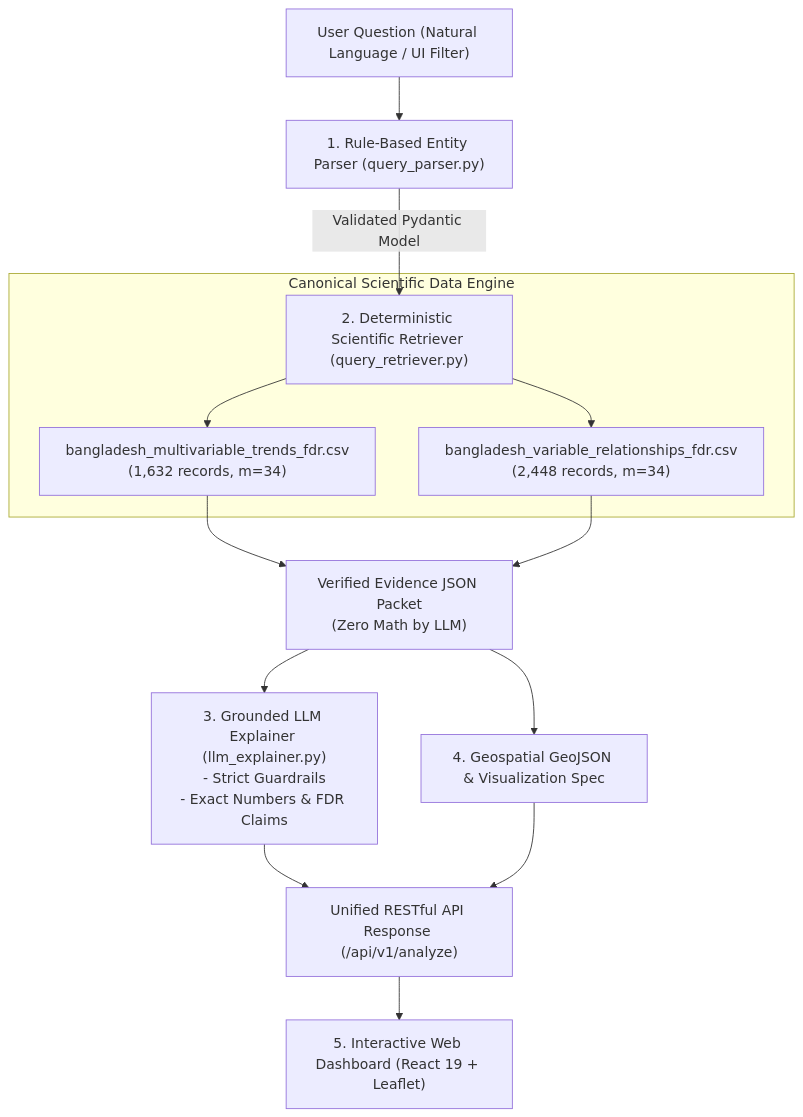
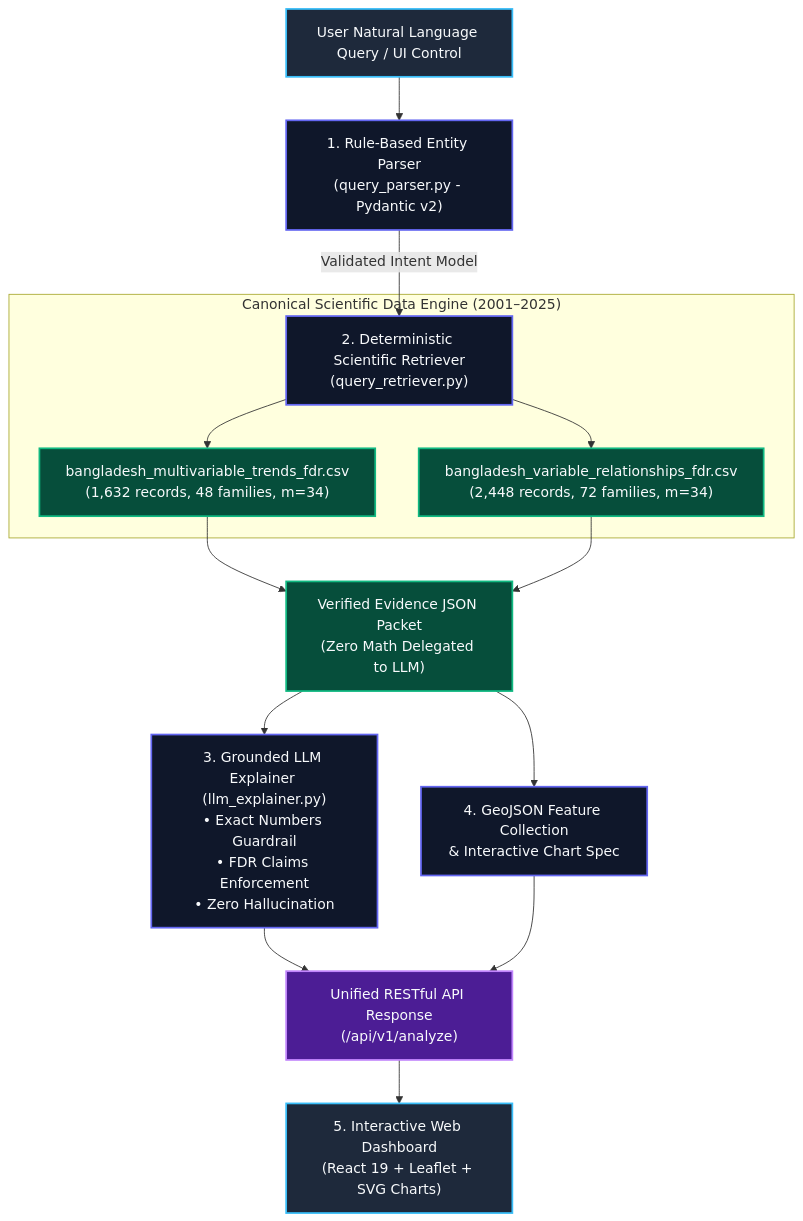
The diagram in README.md (iammahmudhasan/Nasa_Space_APP_Challenge), drawn with Mermaid before and after one commit. The commit also changed other lines of this file, not shown here.

````diff
--- a/README.md
+++ b/README.md
@@ -141,21 +175,26 @@
 ```mermaid
 flowchart TD
-    User["User Question (Natural Language / UI Filter)"] --> Parser["1. Rule-Based Entity Parser (query_parser.py)"]
-    Parser -->|"Validated Pydantic Model"| Retriever["2. Deterministic Scientific Retriever (query_retriever.py)"]
+    classDef client fill:#1E293B,stroke:#38BDF8,stroke-width:2px,color:#F8FAFC;
+    classDef engine fill:#0F172A,stroke:#6366F1,stroke-width:2px,color:#F8FAFC;
+    classDef data fill:#064E3B,stroke:#10B981,stroke-width:2px,color:#F8FAFC;
+    classDef output fill:#4C1D95,stroke:#C084FC,stroke-width:2px,color:#F8FAFC;
+
+    User["User Natural Language Query / UI Control"]:::client --> Parser["1. Rule-Based Entity Parser\n(query_parser.py - Pydantic v2)"]:::engine
+    Parser -->|"Validated Intent Model"| Retriever["2. Deterministic Scientific Retriever\n(query_retriever.py)"]:::engine
     
-    subgraph DataEngine ["Canonical Scientific Data Engine"]
-        Retriever --> Trends["bangladesh_multivariable_trends_fdr.csv\n(1,632 records, m=34)"]
-        Retriever --> Rels["bangladesh_variable_relationships_fdr.csv\n(2,448 records, m=34)"]
+    subgraph DataEngine ["Canonical Scientific Data Engine (2001–2025)"]
+        Retriever --> Trends["bangladesh_multivariable_trends_fdr.csv\n(1,632 records, 48 families, m=34)"]:::data
+        Retriever --> Rels["bangladesh_variable_relationships_fdr.csv\n(2,448 records, 72 families, m=34)"]:::data
     end
     
-    Trends --> Evidence["Verified Evidence JSON Packet\n(Zero Math by LLM)"]
+    Trends --> Evidence["Verified Evidence JSON Packet\n(Zero Math Delegated to LLM)"]:::data
     Rels --> Evidence
     
-    Evidence --> Explainer["3. Grounded LLM Explainer (llm_explainer.py)\n- Strict Guardrails\n- Exact Numbers & FDR Claims"]
-    Evidence --> Visualizer["4. Geospatial GeoJSON & Visualization Spec"]
+    Evidence --> Explainer["3. Grounded LLM Explainer (llm_explainer.py)\n• Exact Numbers Guardrail\n• FDR Claims Enforcement\n• Zero Hallucination"]:::engine
+    Evidence --> Visualizer["4. GeoJSON Feature Collection\n& Interactive Chart Spec"]:::engine
     
-    Explainer --> Unified["Unified RESTful API Response (/api/v1/analyze)"]
+    Explainer --> Unified["Unified RESTful API Response\n(/api/v1/analyze)"]:::output
     Visualizer --> Unified
     
-    Unified --> Dashboard["5. Interactive Web Dashboard (React 19 + Leaflet)"]
+    Unified --> Dashboard["5. Interactive Web Dashboard\n(React 19 + Leaflet + SVG Charts)"]:::client
 ```
````
